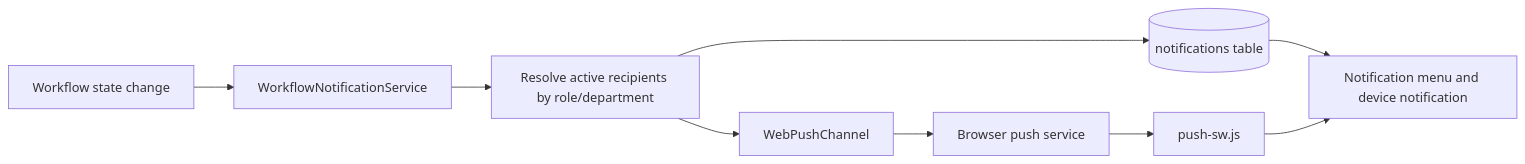
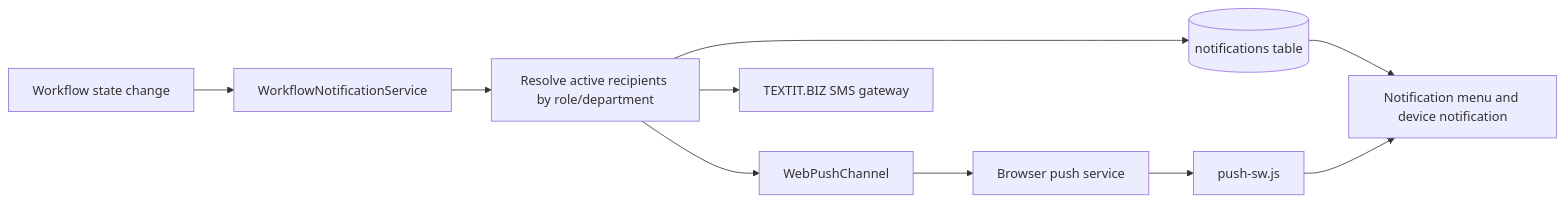
The eighth of 11 diagrams in SYSTEM_ARCHITECTURE.md (Chief-Ministry-Southern-Province/vehicle-management-system), drawn with Mermaid before and after one commit. The commit also changed other lines of this file and 8 other files, not shown here.

Commit message:
feat: integrate TEXTIT.BIZ SMS delivery for workflow notifications

````diff
--- a/SYSTEM_ARCHITECTURE.md
+++ b/SYSTEM_ARCHITECTURE.md
@@ -708,15 +708,17 @@
 ```mermaid
 flowchart LR
     EVENT[Workflow state change]
     SERVICE[WorkflowNotificationService]
     USERS[Resolve active recipients by role/department]
     DB[(notifications table)]
     WP[WebPushChannel]
     PS[Browser push service]
+    SMS[TEXTIT.BIZ SMS gateway]
     SW[push-sw.js]
     UI[Notification menu and device notification]
 
     EVENT --> SERVICE --> USERS
     USERS --> DB --> UI
     USERS --> WP --> PS --> SW --> UI
+    USERS --> SMS
 ```
````
